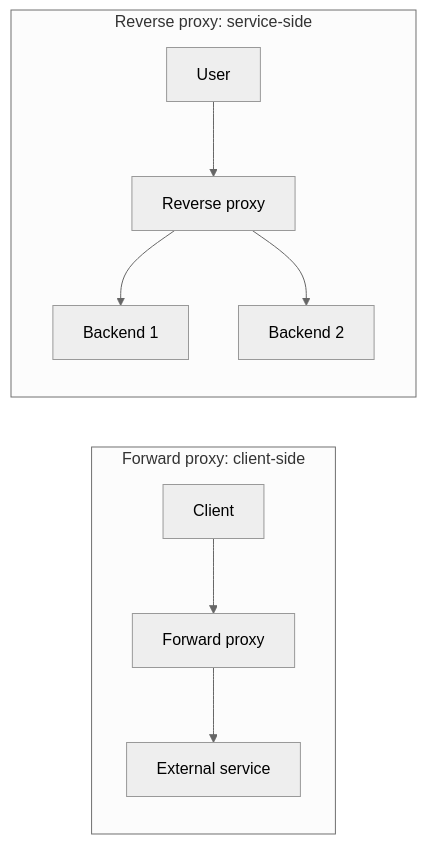
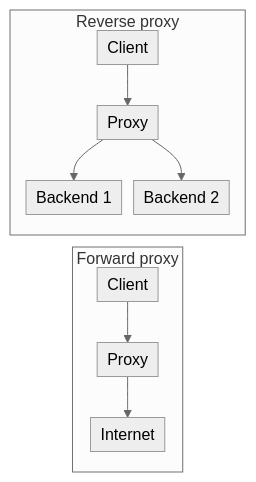
One commit to vsharma2430/LearnDesign changed the seventh of 12 diagrams in hld/03-hld-networking-fundamentals/lessons.md. Above: the diagram before and after it, drawn with Mermaid (neutral theme). The commit also changed other lines of this file and 1 other file, not shown here.

````diff
--- a/hld/03-hld-networking-fundamentals/lessons.md
+++ b/hld/03-hld-networking-fundamentals/lessons.md
@@ -240,10 +251,14 @@
 ```mermaid
+%%{init: {"flowchart": {"nodeSpacing": 12, "rankSpacing": 16, "padding": 5}}}%%
 flowchart LR
-    subgraph Outbound["Forward proxy: client-side"]
-        C[Client] --> FP[Forward proxy] --> Internet[External service]
+    subgraph Outbound["Forward proxy"]
+        direction TB
+        C[Client] --> FP[Proxy] --> Internet[Internet]
     end
-    subgraph Inbound["Reverse proxy: service-side"]
-        User[User] --> RP[Reverse proxy] --> B1[Backend 1]
+    subgraph Inbound["Reverse proxy"]
+        direction TB
+        User[Client] --> RP[Proxy]
+        RP --> B1[Backend 1]
         RP --> B2[Backend 2]
     end
 ```
````
